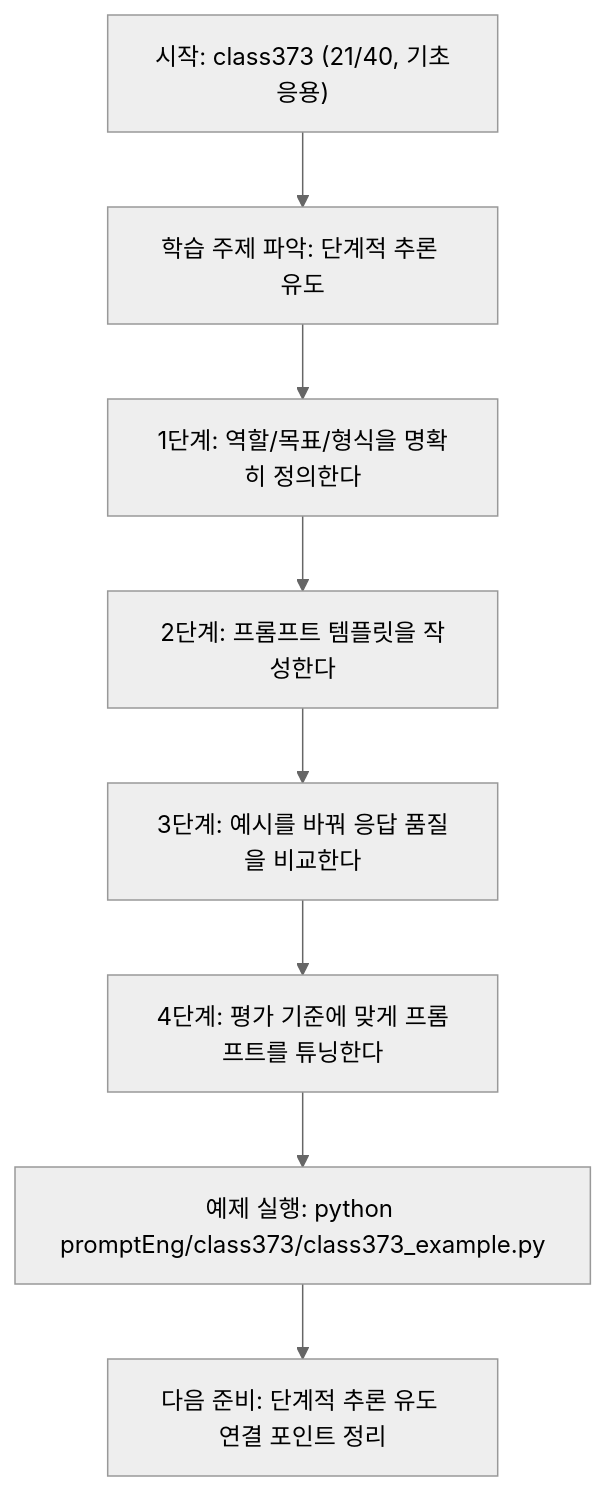
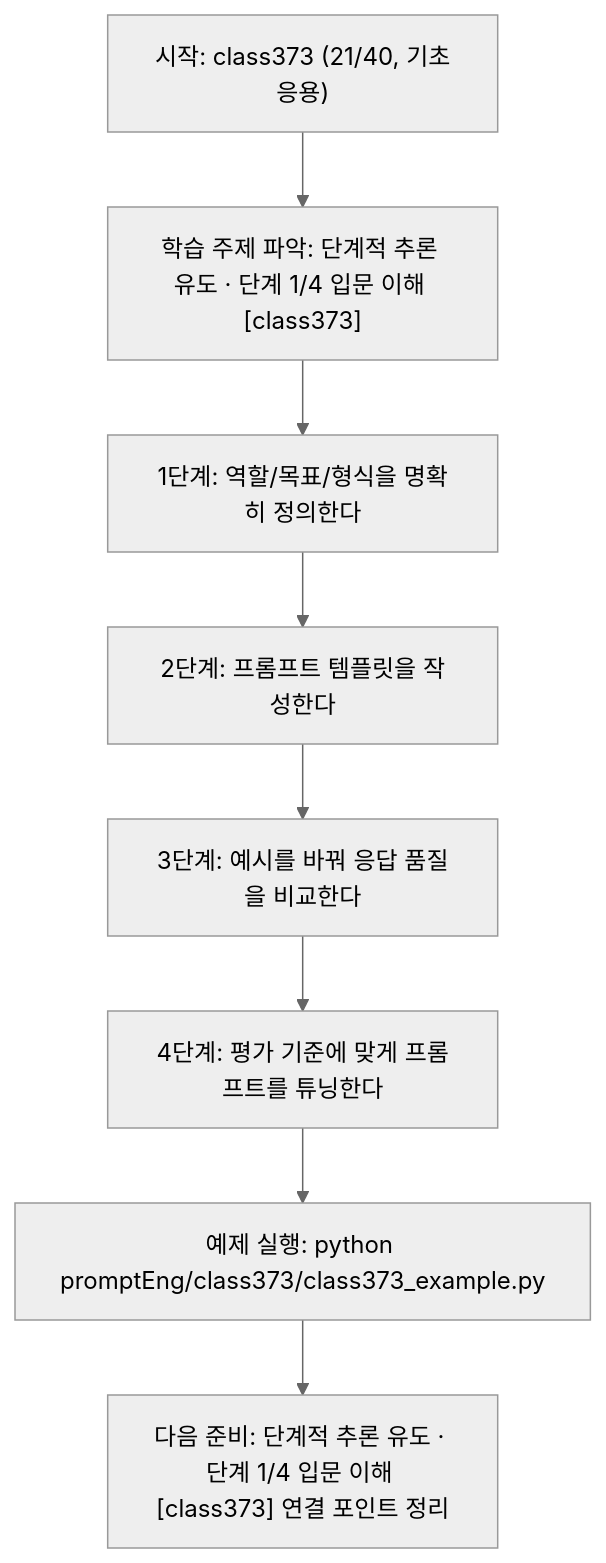
One commit to edumgt/Python-AI_Agent-Class changed the diagram in promptEng/class373/class373.md. Above: the diagram before and after it, drawn with Mermaid (neutral theme). The commit also changed other lines of this file and 522 other files, not shown here.

````diff
--- a/promptEng/class373/class373.md
+++ b/promptEng/class373/class373.md
@@ -109,18 +110,18 @@
 ```mermaid
 flowchart TD
 N1["시작: class373 (21/40, 기초응용)"]
-N2["학습 주제 파악: 단계적 추론 유도"]
+N2["학습 주제 파악: 단계적 추론 유도 · 단계 1/4 입문 이해 [class373]"]
 N3["1단계: 역할/목표/형식을 명확히 정의한다"]
 N4["2단계: 프롬프트 템플릿을 작성한다"]
 N5["3단계: 예시를 바꿔 응답 품질을 비교한다"]
 N6["4단계: 평가 기준에 맞게 프롬프트를 튜닝한다"]
 N7["예제 실행: python promptEng/class373/class373_example.py"]
-N8["다음 준비: 단계적 추론 유도 연결 포인트 정리"]
+N8["다음 준비: 단계적 추론 유도 · 단계 1/4 입문 이해 [class373] 연결 포인트 정리"]
 N1 --> N2
 N2 --> N3
 N3 --> N4
 N4 --> N5
 N5 --> N6
 N6 --> N7
 N7 --> N8
 ```
````
